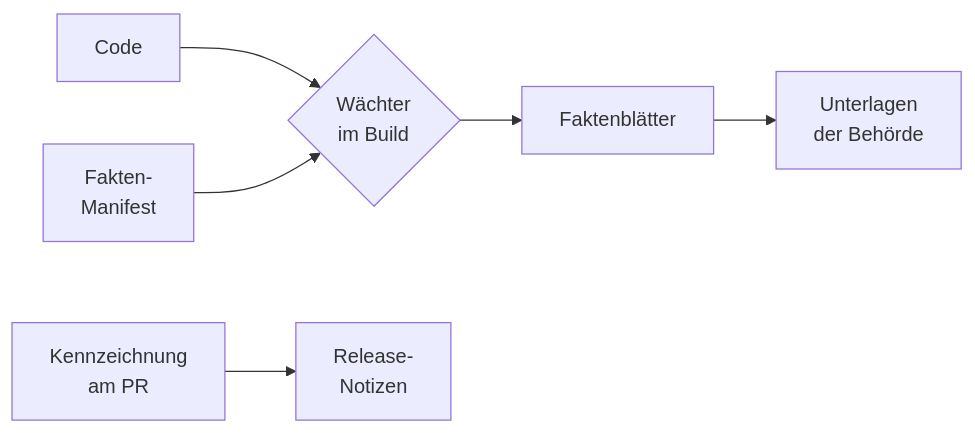
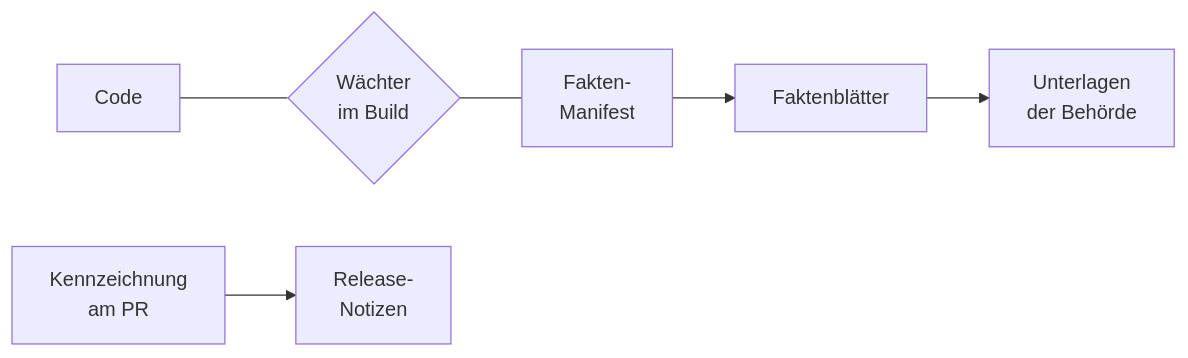
Before and after one commit to criew/opaa: the diagram in docs/handbuch/nachvollziehbarkeit.md, drawn with Mermaid. The commit also changed other lines of this file and 10 other files, not shown here.

````diff
--- a/docs/handbuch/nachvollziehbarkeit.md
+++ b/docs/handbuch/nachvollziehbarkeit.md
@@ -41,8 +42,8 @@
 ```mermaid
 flowchart LR
-    C[Code] --> W{Wächter<br/>im Build}
-    MF[Fakten-<br/>Manifest] --> W
-    W --> FB[Faktenblätter]
+    C[Code] --- W{Wächter<br/>im Build}
+    W --- MF[Fakten-<br/>Manifest]
+    MF --> FB[Faktenblätter]
     FB --> BU[Unterlagen<br/>der Behörde]
     PR[Kennzeichnung<br/>am PR] --> RN[Release-<br/>Notizen]
 ```
````
